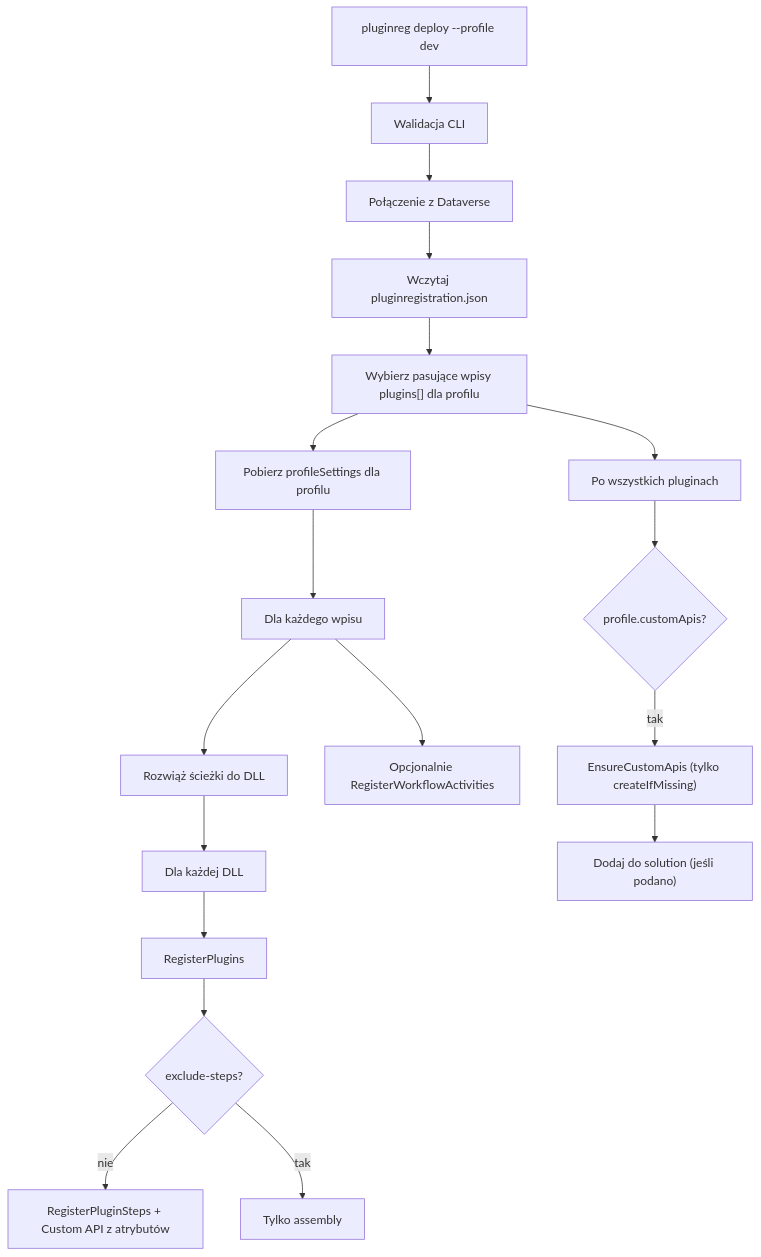
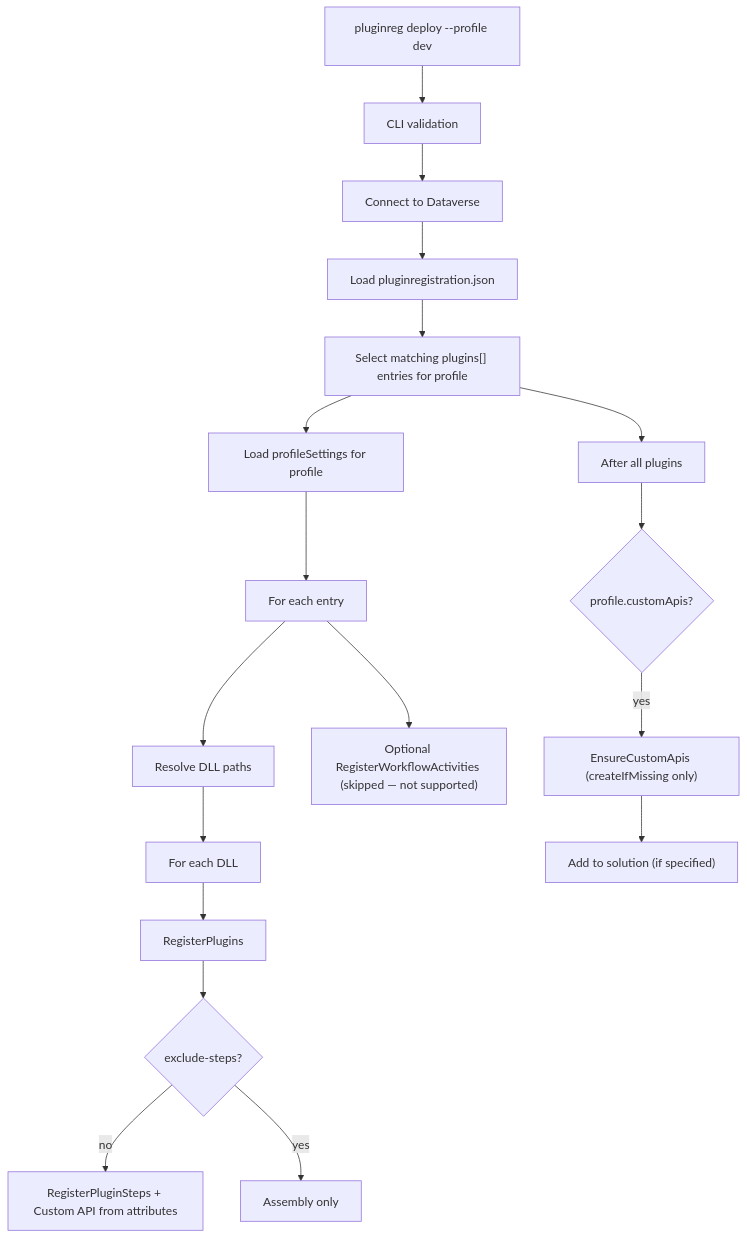
One commit to crstPawel/PluginRegistration changed the diagram in docs/deploy.md. Above: the diagram before and after it, drawn with Mermaid. The commit also changed other lines of this file and 59 other files, not shown here.

````diff
--- a/docs/deploy.md
+++ b/docs/deploy.md
@@ -17,20 +19,20 @@
 ```mermaid
 flowchart TD
-    A["pluginreg deploy --profile dev"] --> B["Walidacja CLI"]
-    B --> C["Połączenie z Dataverse"]
-    C --> D["Wczytaj pluginregistration.json"]
-    D --> E["Wybierz pasujące wpisy plugins[] dla profilu"]
-    E --> F["Pobierz profileSettings dla profilu"]
-    F --> G["Dla każdego wpisu"]
-    G --> H["Rozwiąż ścieżki do DLL"]
-    H --> I["Dla każdej DLL"]
+    A["pluginreg deploy --profile dev"] --> B["CLI validation"]
+    B --> C["Connect to Dataverse"]
+    C --> D["Load pluginregistration.json"]
+    D --> E["Select matching plugins[] entries for profile"]
+    E --> F["Load profileSettings for profile"]
+    F --> G["For each entry"]
+    G --> H["Resolve DLL paths"]
+    H --> I["For each DLL"]
     I --> J["RegisterPlugins"]
     J --> K{"exclude-steps?"}
-    K -->|nie| L["RegisterPluginSteps + Custom API z atrybutów"]
-    K -->|tak| M["Tylko assembly"]
-    G --> N["Opcjonalnie RegisterWorkflowActivities"]
-    E --> O["Po wszystkich pluginach"]
+    K -->|no| L["RegisterPluginSteps + Custom API from attributes"]
+    K -->|yes| M["Assembly only"]
+    G --> N["Optional RegisterWorkflowActivities (skipped — not supported)"]
+    E --> O["After all plugins"]
     O --> P{"profile.customApis?"}
-    P -->|tak| Q["EnsureCustomApis (tylko createIfMissing)"]
-    Q --> R["Dodaj do solution (jeśli podano)"]
+    P -->|yes| Q["EnsureCustomApis (createIfMissing only)"]
+    Q --> R["Add to solution (if specified)"]
 ```
````
